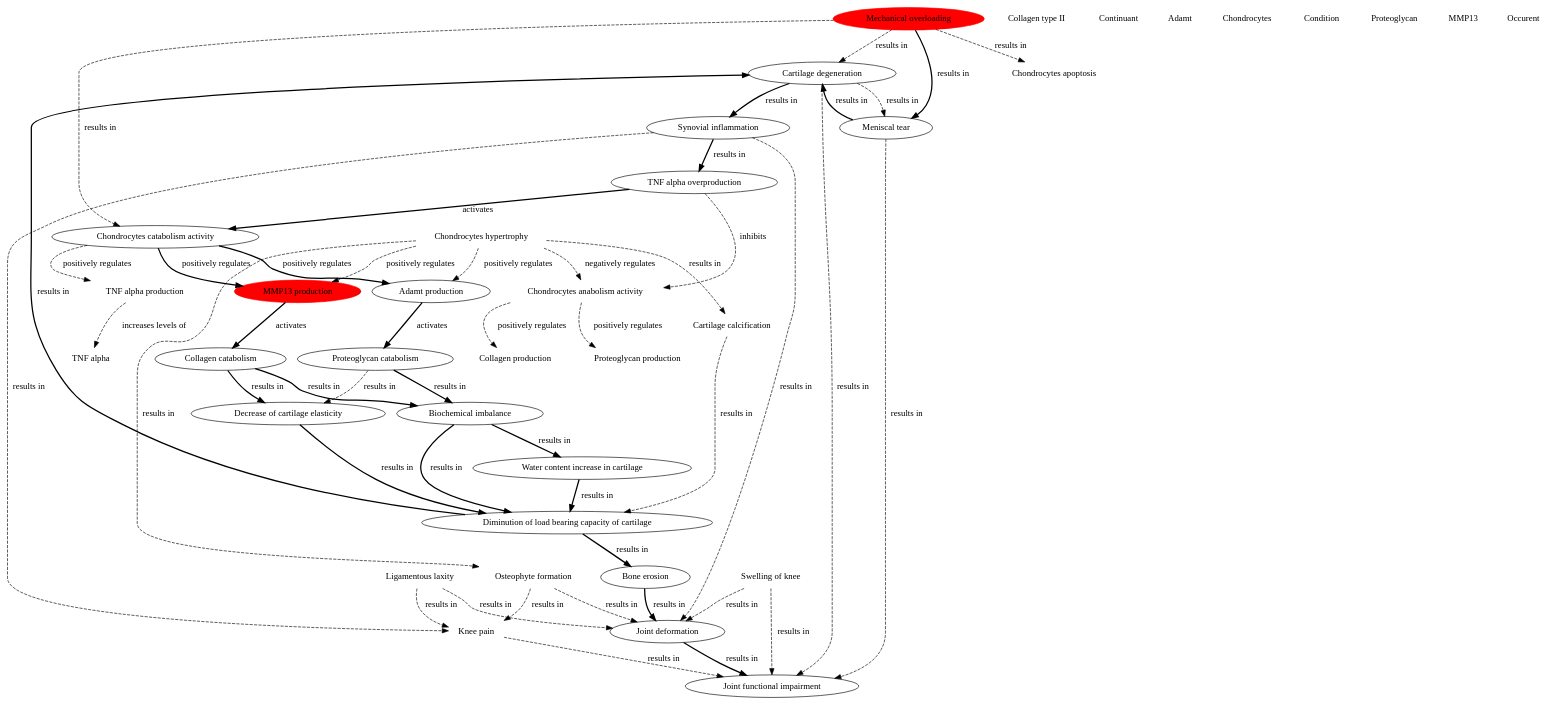
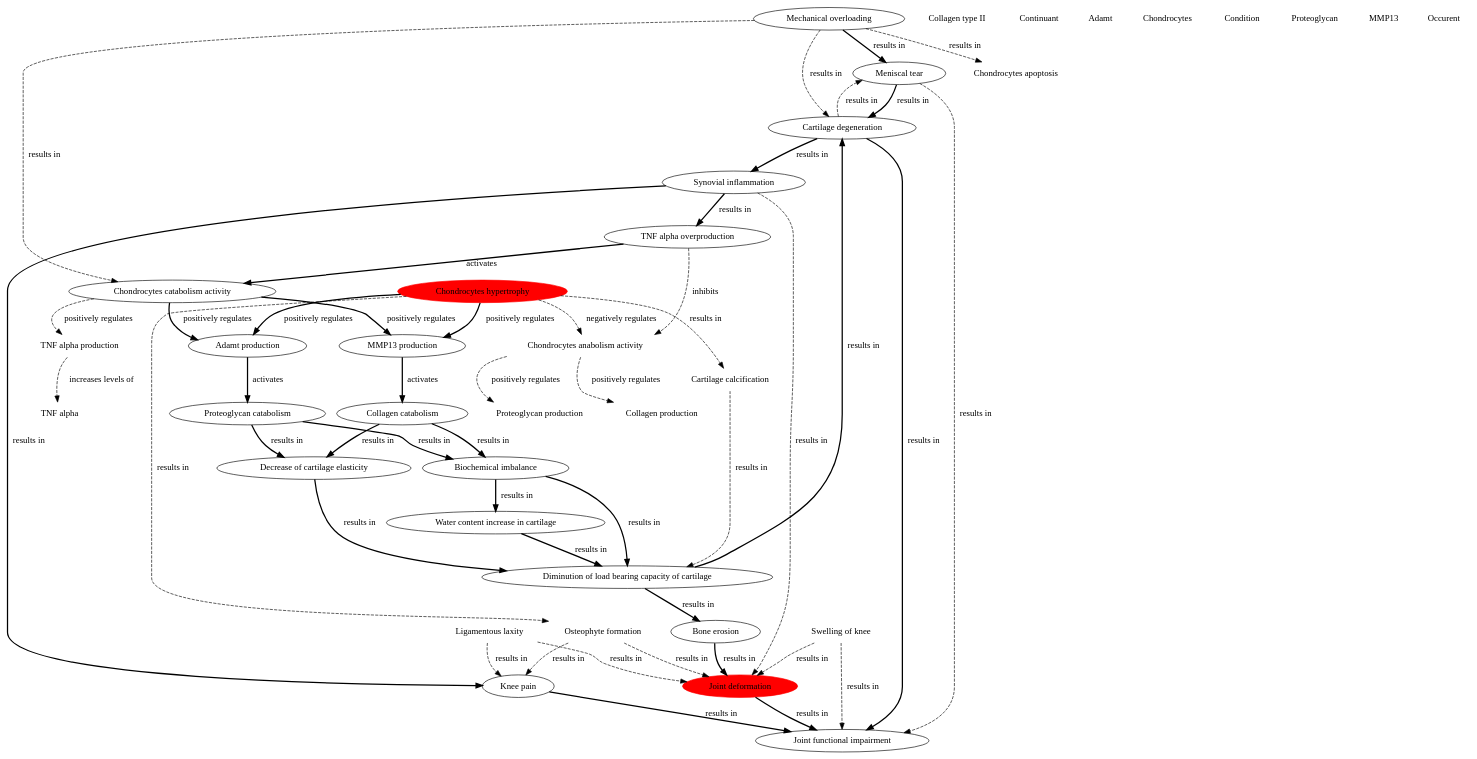
Before and after one commit to plumdeq/hypothtest: the diagram in notebooks/images/subgraphs/current_conf.dot, drawn with Graphviz. The commit also changed 2 other files, not shown here.

```diff
--- a/notebooks/images/subgraphs/current_conf.dot
+++ b/notebooks/images/subgraphs/current_conf.dot
@@ -1,11 +1,11 @@
 digraph g {
 "http://plumdeq.xyz/ontologies/hypothesis/Joint_functional_impairment" [label="Joint functional impairment",shape="ellipse"] ;
-"http://plumdeq.xyz/ontologies/hypothesis/Mechanical_overloading" [label="Mechanical overloading",shape="ellipse",style="filled",color="red"] ;
+"http://plumdeq.xyz/ontologies/hypothesis/Mechanical_overloading" [label="Mechanical overloading",shape="ellipse"] ;
 "http://plumdeq.xyz/ontologies/hypothesis/TNF_alpha_production" [label="TNF alpha production",shape="none"] ;
 "http://plumdeq.xyz/ontologies/hypothesis/Adamt_production" [label="Adamt production",shape="ellipse"] ;
 "http://plumdeq.xyz/ontologies/hypothesis/Chondrocytes_catabolism_activity" [label="Chondrocytes catabolism activity",shape="ellipse"] ;
 "http://plumdeq.xyz/ontologies/hypothesis/TNF_alpha" [label="TNF alpha",shape="none"] ;
-"http://plumdeq.xyz/ontologies/hypothesis/Cartilage_degeneration" [label="Cartilage degeneration",shape="ellipse"] ;
+"http://plumdeq.xyz/ontologies/hypothesis/Chondrocytes_hypertrophy" [label="Chondrocytes hypertrophy",shape="ellipse",style="filled",color="red"] ;
 "http://plumdeq.xyz/ontologies/hypothesis/Osteophyte_formation" [label="Osteophyte formation",shape="none"] ;
 "http://plumdeq.xyz/ontologies/hypothesis/Diminution_of_load_bearing_capacity_of_cartilage" [label="Diminution of load bearing capacity of cartilage",shape="ellipse"] ;
 "http://plumdeq.xyz/ontologies/hypothesis/TNF_alpha_overproduction" [label="TNF alpha overproduction",shape="ellipse"] ;
@@ -24,30 +24,32 @@
 "http://plumdeq.xyz/ontologies/hypothesis/Synovial_inflammation" [label="Synovial inflammation",shape="ellipse"] ;
 "http://plumdeq.xyz/ontologies/hypothesis/MMP13" [label="MMP13",shape="none"] ;
 "http://plumdeq.xyz/ontologies/hypothesis/Collagen_catabolism" [label="Collagen catabolism",shape="ellipse"] ;
-"http://plumdeq.xyz/ontologies/hypothesis/Joint_deformation" [label="Joint deformation",shape="ellipse"] ;
+"http://plumdeq.xyz/ontologies/hypothesis/Joint_deformation" [label="Joint deformation",shape="ellipse",style="filled",color="red"] ;
 "http://plumdeq.xyz/ontologies/hypothesis/Occurent" [label="Occurent",shape="none"] ;
 "http://plumdeq.xyz/ontologies/hypothesis/Proteoglycan_catabolism" [label="Proteoglycan catabolism",shape="ellipse"] ;
-"http://plumdeq.xyz/ontologies/hypothesis/Chondrocytes_hypertrophy" [label="Chondrocytes hypertrophy",shape="none"] ;
+"http://plumdeq.xyz/ontologies/hypothesis/Cartilage_degeneration" [label="Cartilage degeneration",shape="ellipse"] ;
 "http://plumdeq.xyz/ontologies/hypothesis/Ligamentous_laxity" [label="Ligamentous laxity",shape="none"] ;
-"http://plumdeq.xyz/ontologies/hypothesis/MMP13_production" [label="MMP13 production",shape="ellipse",style="filled",color="red"] ;
+"http://plumdeq.xyz/ontologies/hypothesis/MMP13_production" [label="MMP13 production",shape="ellipse"] ;
 "http://plumdeq.xyz/ontologies/hypothesis/Biochemical_imbalance" [label="Biochemical imbalance",shape="ellipse"] ;
 "http://plumdeq.xyz/ontologies/hypothesis/Decrease_of_cartilage_elasticity" [label="Decrease of cartilage elasticity",shape="ellipse"] ;
 "http://plumdeq.xyz/ontologies/hypothesis/Bone_erosion" [label="Bone erosion",shape="ellipse"] ;
 "http://plumdeq.xyz/ontologies/hypothesis/Proteoglycan_production" [label="Proteoglycan production",shape="none"] ;
-"http://plumdeq.xyz/ontologies/hypothesis/Knee_pain" [label="Knee pain",shape="none"] ;
+"http://plumdeq.xyz/ontologies/hypothesis/Knee_pain" [label="Knee pain",shape="ellipse"] ;
 "http://plumdeq.xyz/ontologies/hypothesis/Chondrocytes_apoptosis" [label="Chondrocytes apoptosis",shape="none"] ;
 "http://plumdeq.xyz/ontologies/hypothesis/Mechanical_overloading" -> "http://plumdeq.xyz/ontologies/hypothesis/Cartilage_degeneration" [label="results in",style="dashed"] ;
+"http://plumdeq.xyz/ontologies/hypothesis/Mechanical_overloading" -> "http://plumdeq.xyz/ontologies/hypothesis/Chondrocytes_apoptosis" [label="results in",style="dashed"] ;
 "http://plumdeq.xyz/ontologies/hypothesis/Mechanical_overloading" -> "http://plumdeq.xyz/ontologies/hypothesis/Meniscal_tear" [label="results in",style="bold"] ;
-"http://plumdeq.xyz/ontologies/hypothesis/Mechanical_overloading" -> "http://plumdeq.xyz/ontologies/hypothesis/Chondrocytes_apoptosis" [label="results in",style="dashed"] ;
 "http://plumdeq.xyz/ontologies/hypothesis/Mechanical_overloading" -> "http://plumdeq.xyz/ontologies/hypothesis/Chondrocytes_catabolism_activity" [label="results in",style="dashed"] ;
 "http://plumdeq.xyz/ontologies/hypothesis/TNF_alpha_production" -> "http://plumdeq.xyz/ontologies/hypothesis/TNF_alpha" [label="increases levels of",style="dashed"] ;
 "http://plumdeq.xyz/ontologies/hypothesis/Adamt_production" -> "http://plumdeq.xyz/ontologies/hypothesis/Proteoglycan_catabolism" [label="activates",style="bold"] ;
 "http://plumdeq.xyz/ontologies/hypothesis/Chondrocytes_catabolism_activity" -> "http://plumdeq.xyz/ontologies/hypothesis/TNF_alpha_production" [label="positively regulates",style="dashed"] ;
 "http://plumdeq.xyz/ontologies/hypothesis/Chondrocytes_catabolism_activity" -> "http://plumdeq.xyz/ontologies/hypothesis/Adamt_production" [label="positively regulates",style="bold"] ;
 "http://plumdeq.xyz/ontologies/hypothesis/Chondrocytes_catabolism_activity" -> "http://plumdeq.xyz/ontologies/hypothesis/MMP13_production" [label="positively regulates",style="bold"] ;
-"http://plumdeq.xyz/ontologies/hypothesis/Cartilage_degeneration" -> "http://plumdeq.xyz/ontologies/hypothesis/Joint_functional_impairment" [label="results in",style="dashed"] ;
-"http://plumdeq.xyz/ontologies/hypothesis/Cartilage_degeneration" -> "http://plumdeq.xyz/ontologies/hypothesis/Synovial_inflammation" [label="results in",style="bold"] ;
-"http://plumdeq.xyz/ontologies/hypothesis/Cartilage_degeneration" -> "http://plumdeq.xyz/ontologies/hypothesis/Meniscal_tear" [label="results in",style="dashed"] ;
+"http://plumdeq.xyz/ontologies/hypothesis/Chondrocytes_hypertrophy" -> "http://plumdeq.xyz/ontologies/hypothesis/Chondrocytes_anabolism_activity" [label="negatively regulates",style="dashed"] ;
+"http://plumdeq.xyz/ontologies/hypothesis/Chondrocytes_hypertrophy" -> "http://plumdeq.xyz/ontologies/hypothesis/Osteophyte_formation" [label="results in",style="dashed"] ;
+"http://plumdeq.xyz/ontologies/hypothesis/Chondrocytes_hypertrophy" -> "http://plumdeq.xyz/ontologies/hypothesis/Adamt_production" [label="positively regulates",style="bold"] ;
+"http://plumdeq.xyz/ontologies/hypothesis/Chondrocytes_hypertrophy" -> "http://plumdeq.xyz/ontologies/hypothesis/MMP13_production" [label="positively regulates",style="bold"] ;
+"http://plumdeq.xyz/ontologies/hypothesis/Chondrocytes_hypertrophy" -> "http://plumdeq.xyz/ontologies/hypothesis/Cartilage_calcification" [label="results in",style="dashed"] ;
 "http://plumdeq.xyz/ontologies/hypothesis/Osteophyte_formation" -> "http://plumdeq.xyz/ontologies/hypothesis/Joint_deformation" [label="results in",style="dashed"] ;
 "http://plumdeq.xyz/ontologies/hypothesis/Osteophyte_formation" -> "http://plumdeq.xyz/ontologies/hypothesis/Knee_pain" [label="results in",style="dashed"] ;
 "http://plumdeq.xyz/ontologies/hypothesis/Diminution_of_load_bearing_capacity_of_cartilage" -> "http://plumdeq.xyz/ontologies/hypothesis/Cartilage_degeneration" [label="results in",style="bold"] ;
@@ -57,24 +59,22 @@
 "http://plumdeq.xyz/ontologies/hypothesis/Cartilage_calcification" -> "http://plumdeq.xyz/ontologies/hypothesis/Diminution_of_load_bearing_capacity_of_cartilage" [label="results in",style="dashed"] ;
 "http://plumdeq.xyz/ontologies/hypothesis/Meniscal_tear" -> "http://plumdeq.xyz/ontologies/hypothesis/Cartilage_degeneration" [label="results in",style="bold"] ;
 "http://plumdeq.xyz/ontologies/hypothesis/Meniscal_tear" -> "http://plumdeq.xyz/ontologies/hypothesis/Joint_functional_impairment" [label="results in",style="dashed"] ;
+"http://plumdeq.xyz/ontologies/hypothesis/Swelling_of_knee" -> "http://plumdeq.xyz/ontologies/hypothesis/Joint_functional_impairment" [label="results in",style="dashed"] ;
 "http://plumdeq.xyz/ontologies/hypothesis/Swelling_of_knee" -> "http://plumdeq.xyz/ontologies/hypothesis/Joint_deformation" [label="results in",style="dashed"] ;
-"http://plumdeq.xyz/ontologies/hypothesis/Swelling_of_knee" -> "http://plumdeq.xyz/ontologies/hypothesis/Joint_functional_impairment" [label="results in",style="dashed"] ;
 "http://plumdeq.xyz/ontologies/hypothesis/Chondrocytes_anabolism_activity" -> "http://plumdeq.xyz/ontologies/hypothesis/Collagen_production" [label="positively regulates",style="dashed"] ;
 "http://plumdeq.xyz/ontologies/hypothesis/Chondrocytes_anabolism_activity" -> "http://plumdeq.xyz/ontologies/hypothesis/Proteoglycan_production" [label="positively regulates",style="dashed"] ;
 "http://plumdeq.xyz/ontologies/hypothesis/Water_content_increase_in_cartilage" -> "http://plumdeq.xyz/ontologies/hypothesis/Diminution_of_load_bearing_capacity_of_cartilage" [label="results in",style="bold"] ;
 "http://plumdeq.xyz/ontologies/hypothesis/Synovial_inflammation" -> "http://plumdeq.xyz/ontologies/hypothesis/Joint_deformation" [label="results in",style="dashed"] ;
 "http://plumdeq.xyz/ontologies/hypothesis/Synovial_inflammation" -> "http://plumdeq.xyz/ontologies/hypothesis/TNF_alpha_overproduction" [label="results in",style="bold"] ;
-"http://plumdeq.xyz/ontologies/hypothesis/Synovial_inflammation" -> "http://plumdeq.xyz/ontologies/hypothesis/Knee_pain" [label="results in",style="dashed"] ;
+"http://plumdeq.xyz/ontologies/hypothesis/Synovial_inflammation" -> "http://plumdeq.xyz/ontologies/hypothesis/Knee_pain" [label="results in",style="bold"] ;
 "http://plumdeq.xyz/ontologies/hypothesis/Collagen_catabolism" -> "http://plumdeq.xyz/ontologies/hypothesis/Biochemical_imbalance" [label="results in",style="bold"] ;
 "http://plumdeq.xyz/ontologies/hypothesis/Collagen_catabolism" -> "http://plumdeq.xyz/ontologies/hypothesis/Decrease_of_cartilage_elasticity" [label="results in",style="bold"] ;
 "http://plumdeq.xyz/ontologies/hypothesis/Joint_deformation" -> "http://plumdeq.xyz/ontologies/hypothesis/Joint_functional_impairment" [label="results in",style="bold"] ;
 "http://plumdeq.xyz/ontologies/hypothesis/Proteoglycan_catabolism" -> "http://plumdeq.xyz/ontologies/hypothesis/Biochemical_imbalance" [label="results in",style="bold"] ;
-"http://plumdeq.xyz/ontologies/hypothesis/Proteoglycan_catabolism" -> "http://plumdeq.xyz/ontologies/hypothesis/Decrease_of_cartilage_elasticity" [label="results in",style="dashed"] ;
-"http://plumdeq.xyz/ontologies/hypothesis/Chondrocytes_hypertrophy" -> "http://plumdeq.xyz/ontologies/hypothesis/Chondrocytes_anabolism_activity" [label="negatively regulates",style="dashed"] ;
-"http://plumdeq.xyz/ontologies/hypothesis/Chondrocytes_hypertrophy" -> "http://plumdeq.xyz/ontologies/hypothesis/Osteophyte_formation" [label="results in",style="dashed"] ;
-"http://plumdeq.xyz/ontologies/hypothesis/Chondrocytes_hypertrophy" -> "http://plumdeq.xyz/ontologies/hypothesis/Adamt_production" [label="positively regulates",style="dashed"] ;
-"http://plumdeq.xyz/ontologies/hypothesis/Chondrocytes_hypertrophy" -> "http://plumdeq.xyz/ontologies/hypothesis/MMP13_production" [label="positively regulates",style="dashed"] ;
-"http://plumdeq.xyz/ontologies/hypothesis/Chondrocytes_hypertrophy" -> "http://plumdeq.xyz/ontologies/hypothesis/Cartilage_calcification" [label="results in",style="dashed"] ;
+"http://plumdeq.xyz/ontologies/hypothesis/Proteoglycan_catabolism" -> "http://plumdeq.xyz/ontologies/hypothesis/Decrease_of_cartilage_elasticity" [label="results in",style="bold"] ;
+"http://plumdeq.xyz/ontologies/hypothesis/Cartilage_degeneration" -> "http://plumdeq.xyz/ontologies/hypothesis/Joint_functional_impairment" [label="results in",style="bold"] ;
+"http://plumdeq.xyz/ontologies/hypothesis/Cartilage_degeneration" -> "http://plumdeq.xyz/ontologies/hypothesis/Synovial_inflammation" [label="results in",style="bold"] ;
+"http://plumdeq.xyz/ontologies/hypothesis/Cartilage_degeneration" -> "http://plumdeq.xyz/ontologies/hypothesis/Meniscal_tear" [label="results in",style="dashed"] ;
 "http://plumdeq.xyz/ontologies/hypothesis/Ligamentous_laxity" -> "http://plumdeq.xyz/ontologies/hypothesis/Joint_deformation" [label="results in",style="dashed"] ;
 "http://plumdeq.xyz/ontologies/hypothesis/Ligamentous_laxity" -> "http://plumdeq.xyz/ontologies/hypothesis/Knee_pain" [label="results in",style="dashed"] ;
 "http://plumdeq.xyz/ontologies/hypothesis/MMP13_production" -> "http://plumdeq.xyz/ontologies/hypothesis/Collagen_catabolism" [label="activates",style="bold"] ;
@@ -82,5 +82,5 @@
 "http://plumdeq.xyz/ontologies/hypothesis/Biochemical_imbalance" -> "http://plumdeq.xyz/ontologies/hypothesis/Diminution_of_load_bearing_capacity_of_cartilage" [label="results in",style="bold"] ;
 "http://plumdeq.xyz/ontologies/hypothesis/Decrease_of_cartilage_elasticity" -> "http://plumdeq.xyz/ontologies/hypothesis/Diminution_of_load_bearing_capacity_of_cartilage" [label="results in",style="bold"] ;
 "http://plumdeq.xyz/ontologies/hypothesis/Bone_erosion" -> "http://plumdeq.xyz/ontologies/hypothesis/Joint_deformation" [label="results in",style="bold"] ;
-"http://plumdeq.xyz/ontologies/hypothesis/Knee_pain" -> "http://plumdeq.xyz/ontologies/hypothesis/Joint_functional_impairment" [label="results in",style="dashed"] ;
+"http://plumdeq.xyz/ontologies/hypothesis/Knee_pain" -> "http://plumdeq.xyz/ontologies/hypothesis/Joint_functional_impairment" [label="results in",style="bold"] ;
 }
```
